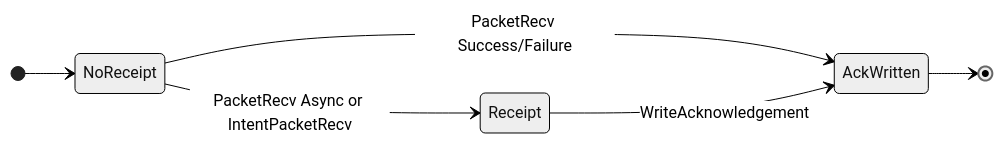
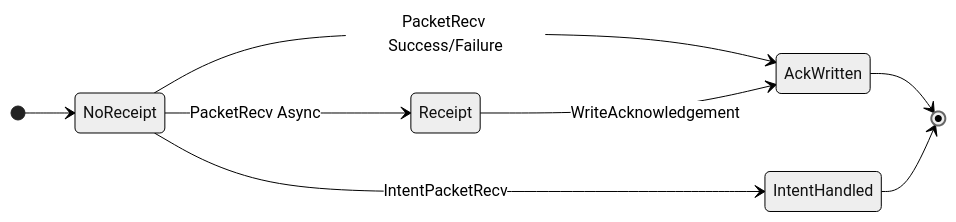
One commit to onbloc/gno-ibc changed the second of 2 diagrams in docs/specs/ibc-v1-core/packet-lifecycle.md. Above: the diagram before and after it, drawn with Mermaid (neutral theme). The commit also changed other lines of this file and 7 other files, not shown here.

````diff
--- a/docs/specs/ibc-v1-core/packet-lifecycle.md
+++ b/docs/specs/ibc-v1-core/packet-lifecycle.md
@@ -278,9 +284,11 @@
 ```mermaid
 stateDiagram-v2
   direction LR
   [*] --> NoReceipt
   NoReceipt --> AckWritten: PacketRecv Success/Failure
-  NoReceipt --> Receipt: PacketRecv Async or IntentPacketRecv
+  NoReceipt --> Receipt: PacketRecv Async
+  NoReceipt --> IntentHandled: IntentPacketRecv
   Receipt --> AckWritten: WriteAcknowledgement
   AckWritten --> [*]
+  IntentHandled --> [*]
 ```
````
